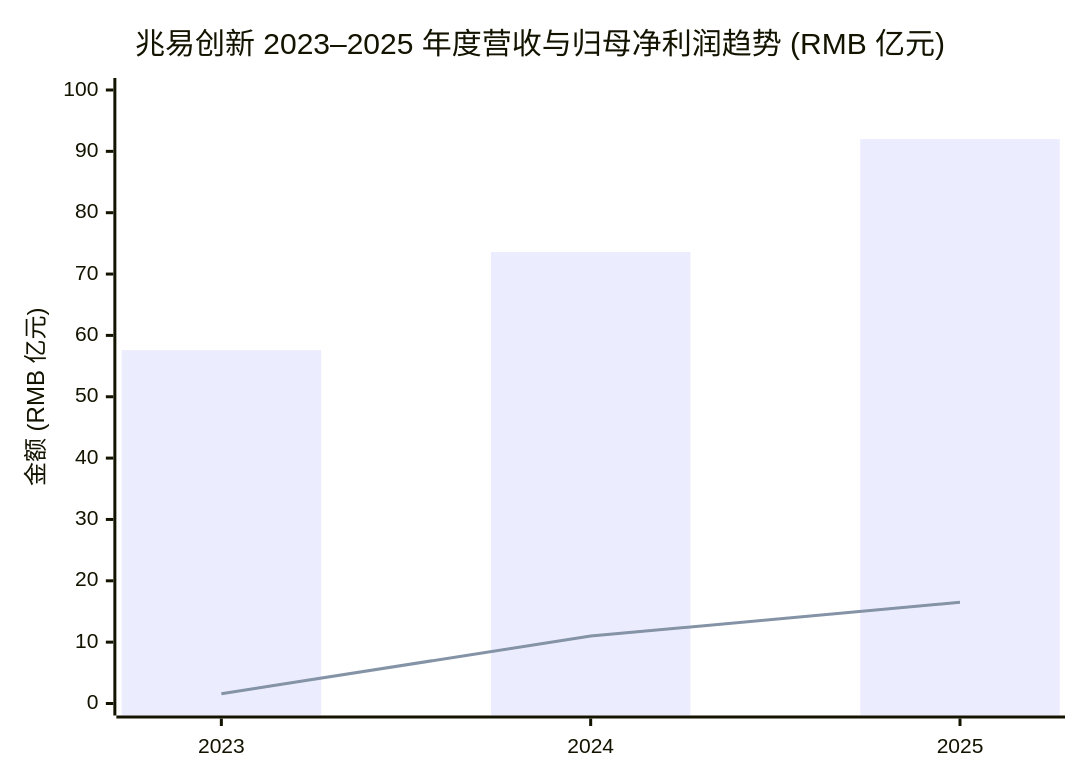
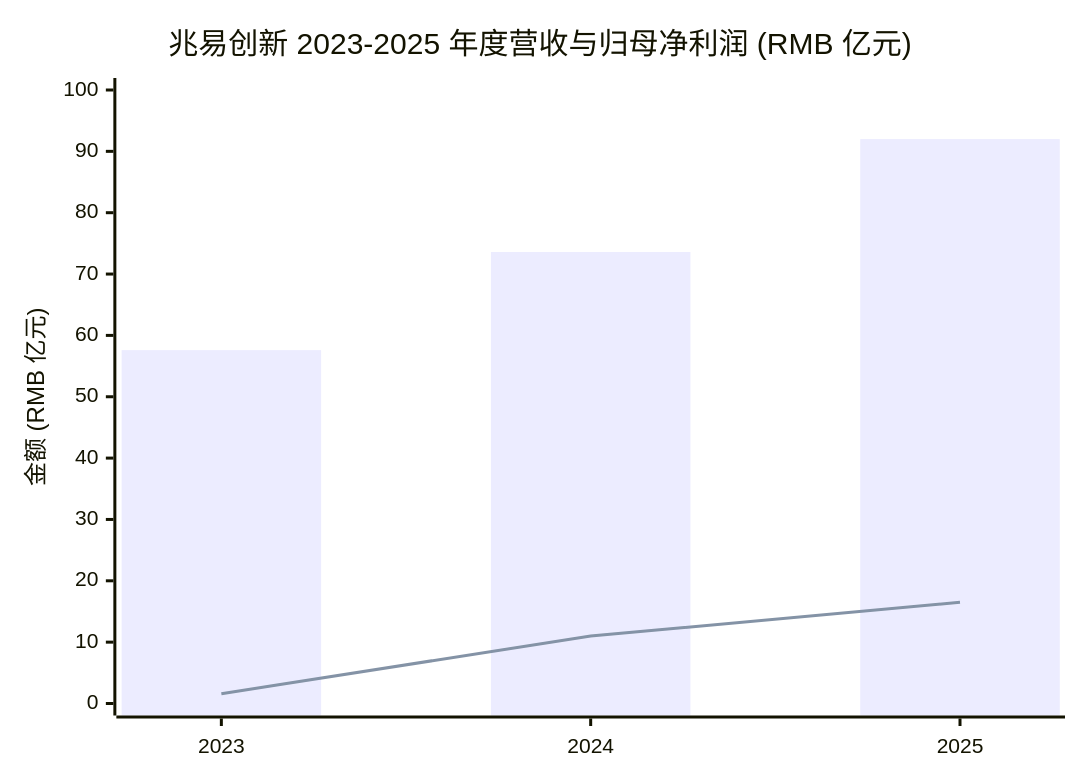
Before and after one commit to dadachundan/financial_agent: the first of 6 diagrams in reports/company/GigaDevice_兆易创新_SSE603986/GigaDevice_兆易创新_SSE603986_公司研究.md, drawn with Mermaid. The commit also changed other lines of this file and 10 other files, not shown here.

Commit message:
feat(company-research): refresh GigaDevice (SSE:603986) — decision layer + full chart suite

````diff
--- a/reports/company/GigaDevice_兆易创新_SSE603986/GigaDevice_兆易创新_SSE603986_公司研究.md
+++ b/reports/company/GigaDevice_兆易创新_SSE603986/GigaDevice_兆易创新_SSE603986_公司研究.md
@@ -38,8 +240,8 @@
 ```mermaid
 xychart-beta
-    title "兆易创新 2023–2025 年度营收与归母净利润趋势 (RMB 亿元)"
+    title "兆易创新 2023-2025 年度营收与归母净利润 (RMB 亿元)"
     x-axis [2023, 2024, 2025]
     y-axis "金额 (RMB 亿元)" 0 --> 100
     bar [57.6, 73.6, 92.0]
     line [1.6, 11.0, 16.5]
 ```
````
